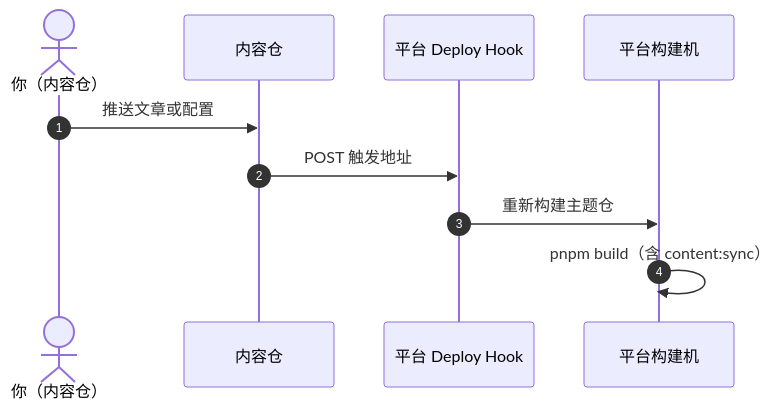
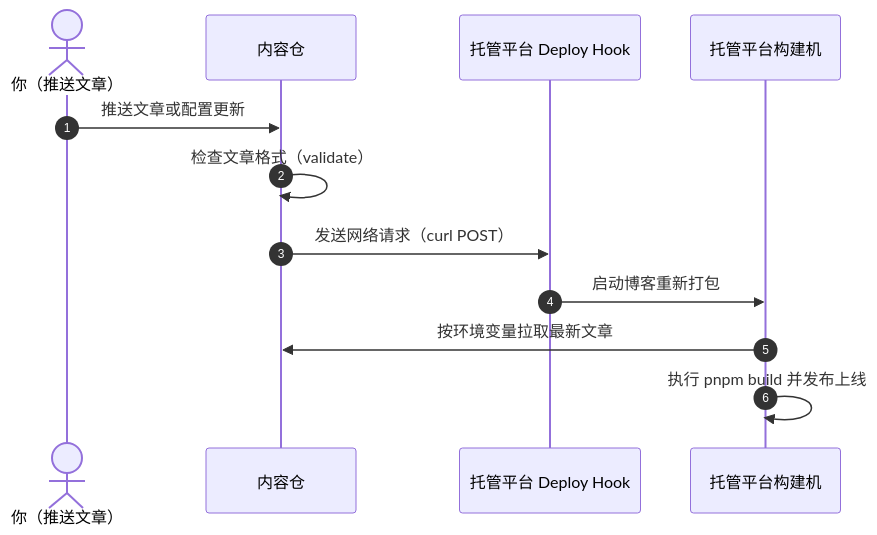
Before and after one commit to LyraVoid/Shirone-Docs: the diagram in docs/guide/content-separation/deploy-hooks/README.md, drawn with Mermaid. The commit also changed other lines of this file and 6 other files, not shown here.

````diff
--- a/docs/guide/content-separation/deploy-hooks/README.md
+++ b/docs/guide/content-separation/deploy-hooks/README.md
@@ -9,13 +11,15 @@
 ```mermaid
 sequenceDiagram
     autonumber
-    actor Author as 你（内容仓）
+    actor Author as 你（推送文章）
     participant ContentRepo as 内容仓
-    participant Hook as 平台 Deploy Hook
-    participant Builder as 平台构建机
+    participant Hook as 托管平台 Deploy Hook
+    participant Builder as 托管平台构建机
 
-    Author->>ContentRepo: 推送文章或配置
-    ContentRepo->>Hook: POST 触发地址
-    Hook->>Builder: 重新构建主题仓
-    Builder->>Builder: pnpm build（含 content:sync）
+    Author->>ContentRepo: 推送文章或配置更新
+    ContentRepo->>ContentRepo: 检查文章格式（validate）
+    ContentRepo->>Hook: 发送网络请求（curl POST）
+    Hook->>Builder: 启动博客重新打包
+    Builder->>ContentRepo: 按环境变量拉取最新文章
+    Builder->>Builder: 执行 pnpm build 并发布上线
 ```
````
